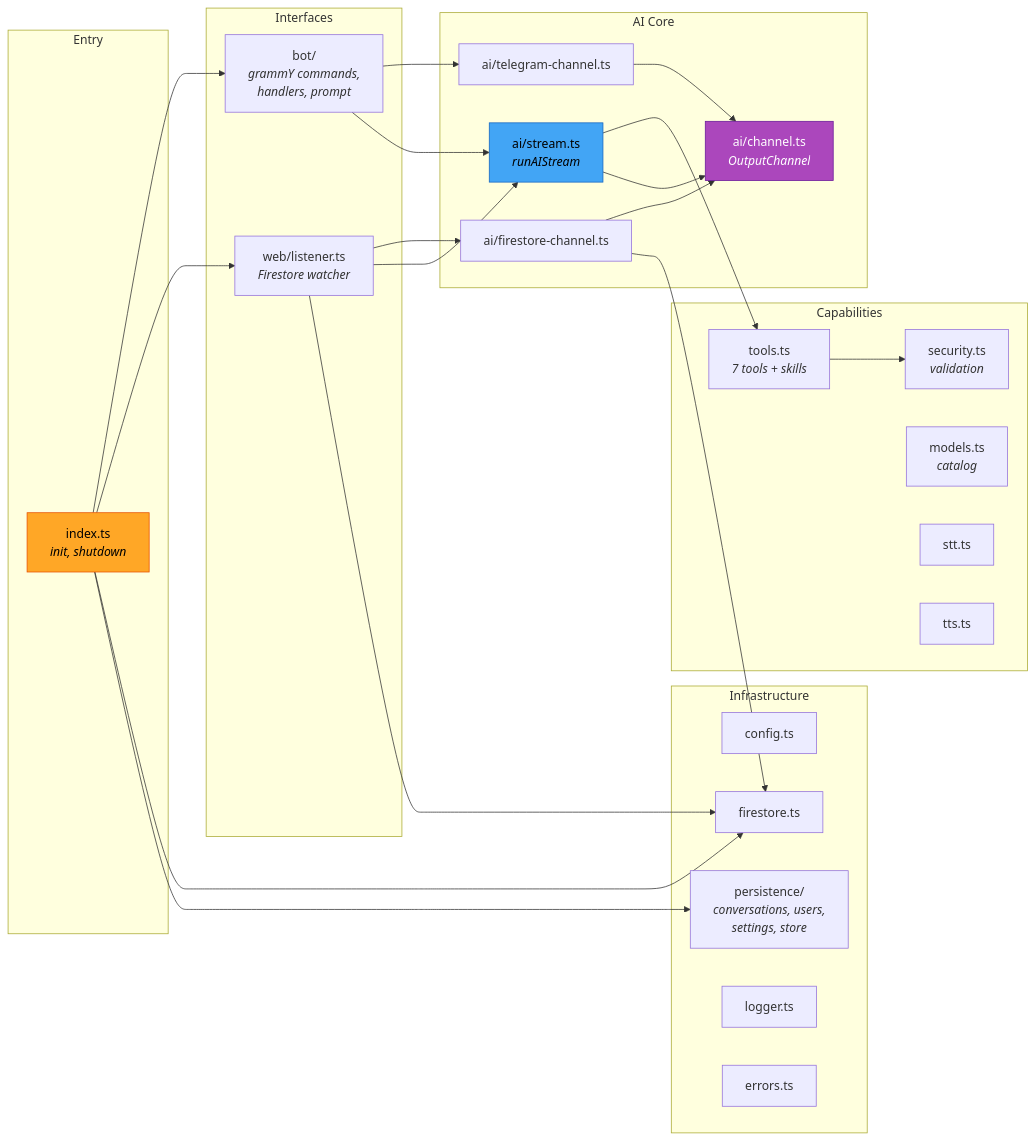
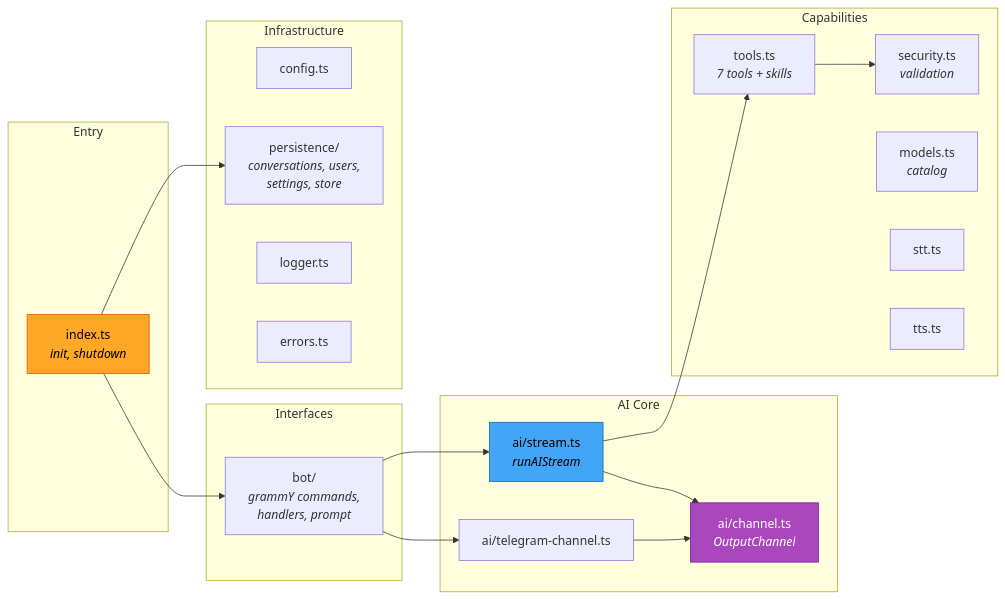
The second of 9 diagrams in ARCHITECTURE.md (muse-mesh/phoebe), drawn with Mermaid before and after one commit. The commit also changed other lines of this file and 11 other files, not shown here.

````diff
--- a/ARCHITECTURE.md
+++ b/ARCHITECTURE.md
@@ -102,54 +85,44 @@
 ```mermaid
 graph LR
     subgraph "Entry"
         INDEX["index.ts<br/><i>init, shutdown</i>"]
     end
 
     subgraph "Interfaces"
         BOT["bot/<br/><i>grammY commands,<br/>handlers, prompt</i>"]
-        WEB["web/listener.ts<br/><i>Firestore watcher</i>"]
     end
 
     subgraph "AI Core"
         STREAM["ai/stream.ts<br/><i>runAIStream</i>"]
         CHAN["ai/channel.ts<br/><i>OutputChannel</i>"]
         TC["ai/telegram-channel.ts"]
-        FC["ai/firestore-channel.ts"]
     end
 
     subgraph "Capabilities"
         TOOLS["tools.ts<br/><i>7 tools + skills</i>"]
         SECURITY["security.ts<br/><i>validation</i>"]
         MODELS["models.ts<br/><i>catalog</i>"]
         STT["stt.ts"]
         TTS["tts.ts"]
     end
 
     subgraph "Infrastructure"
         CONFIG["config.ts"]
-        FS["firestore.ts"]
         PERSIST["persistence/<br/><i>conversations, users,<br/>settings, store</i>"]
         LOGGER["logger.ts"]
         ERRORS["errors.ts"]
     end
 
     INDEX --> BOT
-    INDEX --> WEB
-    INDEX --> FS
     INDEX --> PERSIST
     BOT --> TC
-    WEB --> FC
     TC --> CHAN
-    FC --> CHAN
     BOT --> STREAM
-    WEB --> STREAM
     STREAM --> TOOLS
     STREAM --> CHAN
     TOOLS --> SECURITY
-    FC --> FS
-    WEB --> FS
 
     style STREAM fill:#42A5F5,stroke:#1565C0,color:#000
     style CHAN fill:#AB47BC,stroke:#6A1B9A,color:#fff
     style INDEX fill:#FFA726,stroke:#E65100,color:#000
 ```
````
